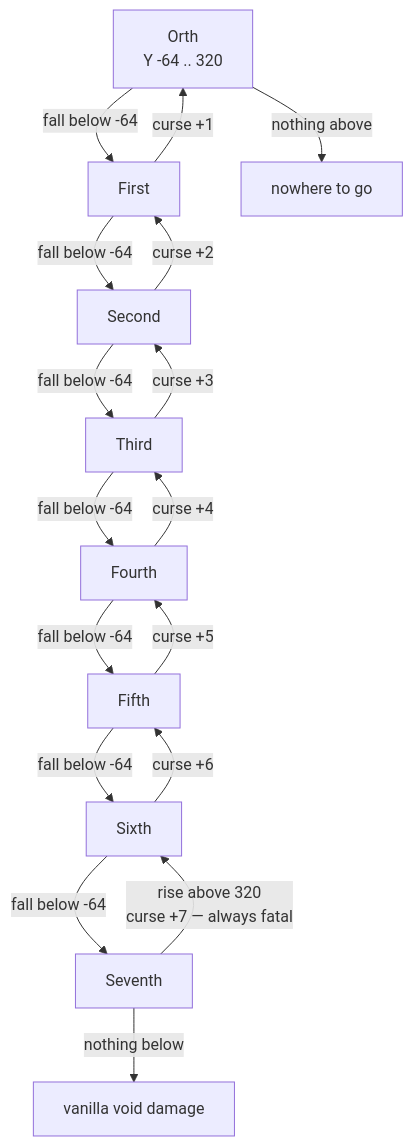
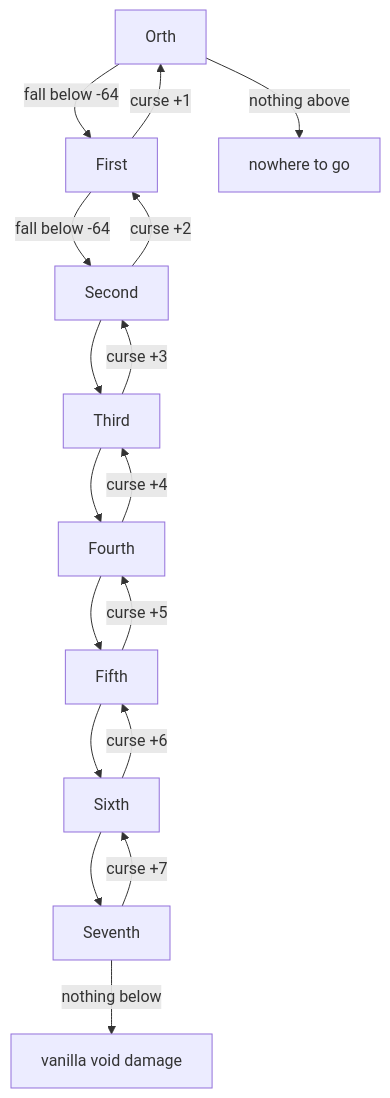
The first of 2 diagrams in ARCHITECTURE.md (XodiumSoftware/mine-in-abyss), drawn with Mermaid before and after one commit. The commit also changed other lines of this file and 244 other files, not shown here.

````diff
--- a/ARCHITECTURE.md
+++ b/ARCHITECTURE.md
@@ -32,20 +13,10 @@
 ```mermaid
 graph TD
-    A["Orth<br/>Y -64 .. 320"] -->|"fall below -64"| A1["First"]
+    A["Orth"] -->|"fall below -64"| A1["First"]
     A1 -->|"fall below -64"| B["Second"]
-    B -->|"fall below -64"| C["Third"]
-    C -->|"fall below -64"| D["Fourth"]
-    D -->|"fall below -64"| E["Fifth"]
-    E -->|"fall below -64"| F["Sixth"]
-    F -->|"fall below -64"| G["Seventh"]
+    B --> C["Third"] --> D["Fourth"] --> E["Fifth"] --> F["Sixth"] --> G["Seventh"]
     G -->|"nothing below"| H["vanilla void damage"]
-
-    G -->|rise above 320<br/>curse +7 — always fatal| F
-    F -->|"curse +6"| E
-    E -->|"curse +5"| D
-    D -->|"curse +4"| C
-    C -->|"curse +3"| B
-    B -->|"curse +2"| A1
-    A1 -->|"curse +1"| A
-    A -->|nothing above| I["nowhere to go"]
+    G -->|"curse +7"| F -->|"curse +6"| E -->|"curse +5"| D
+    D -->|"curse +4"| C -->|"curse +3"| B -->|"curse +2"| A1 -->|"curse +1"| A
+    A -->|"nothing above"| I["nowhere to go"]
 ```
````
